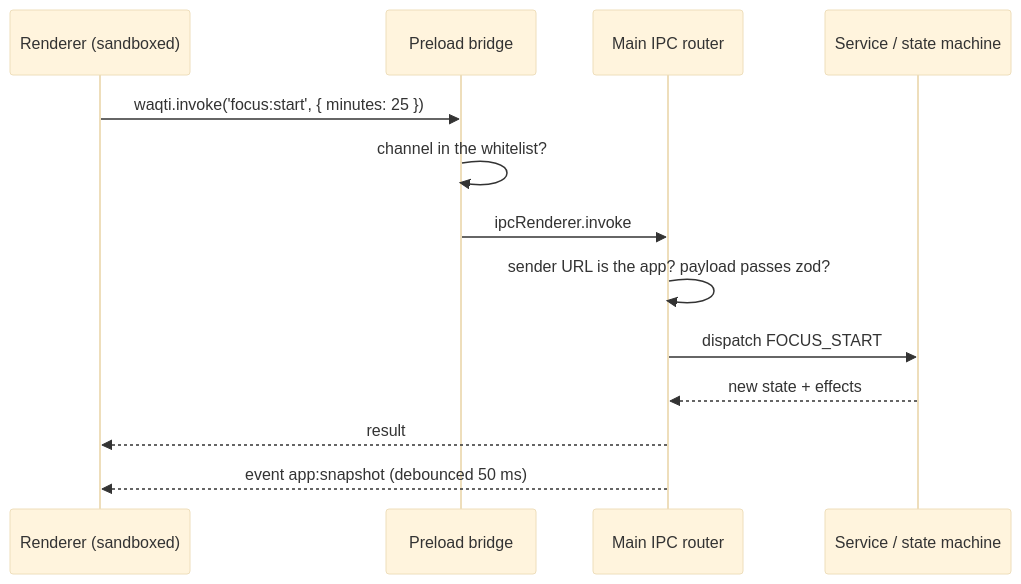
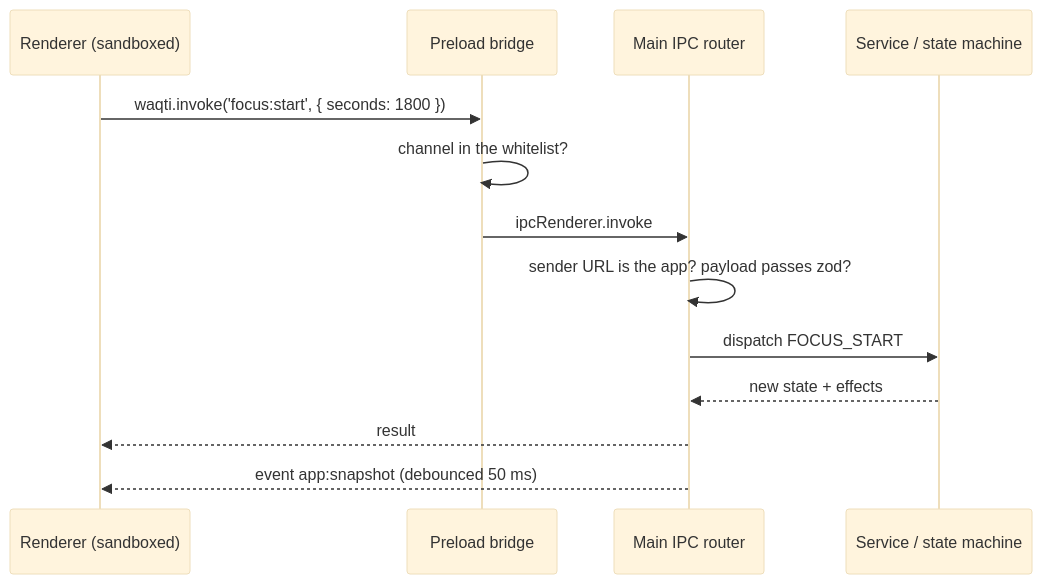
The fifth of 5 diagrams in ARCHITECTURE.md (Abdulaziz-J1/waqti), drawn with Mermaid (base theme) before and after one commit. The commit also changed other lines of this file and 70 other files, not shown here.

````diff
--- a/ARCHITECTURE.md
+++ b/ARCHITECTURE.md
@@ -198,15 +199,15 @@
 ```mermaid
 sequenceDiagram
   participant R as Renderer (sandboxed)
   participant P as Preload bridge
   participant M as Main IPC router
   participant S as Service / state machine
-  R->>P: waqti.invoke('focus:start', { minutes: 25 })
+  R->>P: waqti.invoke('focus:start', { seconds: 1800 })
   P->>P: channel in the whitelist?
   P->>M: ipcRenderer.invoke
   M->>M: sender URL is the app? payload passes zod?
   M->>S: dispatch FOCUS_START
   S-->>M: new state + effects
   M-->>R: result
   M-->>R: event app:snapshot (debounced 50 ms)
 ```
````
